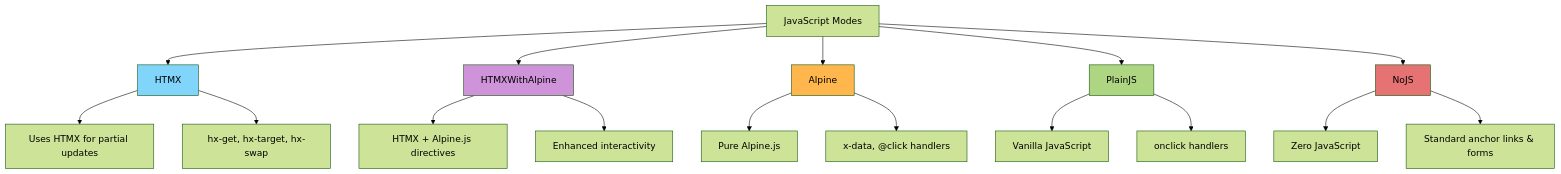
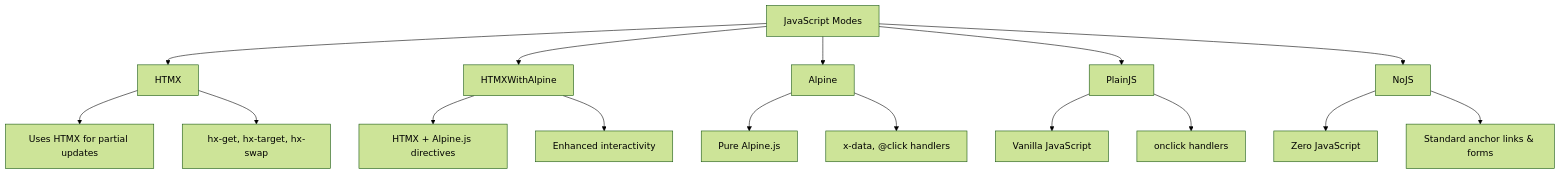
The third of 3 diagrams in docs/blog-post-v1.0.md (scottgal/mostlylucid.pagingtaghelper), drawn with Mermaid (forest theme) before and after one commit. The commit also changed other lines of this file and 43 other files, not shown here.

````diff
--- a/docs/blog-post-v1.0.md
+++ b/docs/blog-post-v1.0.md
@@ -380,29 +371,24 @@
 ```mermaid
 graph TD
     A[JavaScript Modes] --> B[HTMX]
     A --> C[HTMXWithAlpine]
     A --> D[Alpine]
     A --> E[PlainJS]
     A --> F[NoJS]
 
     B --> B1[Uses HTMX for partial updates]
     B --> B2[hx-get, hx-target, hx-swap]
 
     C --> C1[HTMX + Alpine.js directives]
     C --> C2[Enhanced interactivity]
 
     D --> D1[Pure Alpine.js]
     D --> D2[x-data, @click handlers]
 
     E --> E1[Vanilla JavaScript]
     E --> E2[onclick handlers]
 
     F --> F1[Zero JavaScript]
     F --> F2[Standard anchor links & forms]
 
-    style B fill:#81d4fa
-    style C fill:#ce93d8
-    style D fill:#ffb74d
-    style E fill:#aed581
-    style F fill:#e57373
 ```
````
